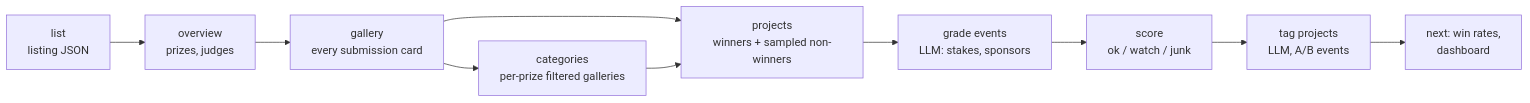
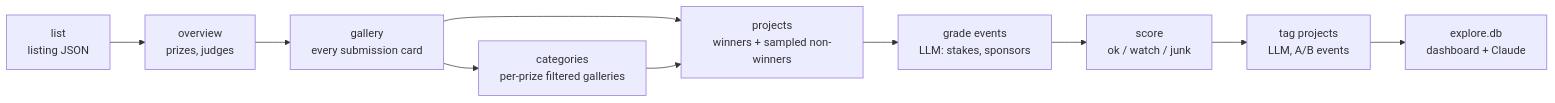
Before and after one commit to m-azzam-azis/hackathon-index: the diagram in README.md, drawn with Mermaid. The commit also changed other lines of this file and 7 other files, not shown here.

First line of the commit message:
Dashboard and Claude connection: explore.db, Datasette, read-only MCP server

````diff
--- a/README.md
+++ b/README.md
@@ -58,12 +60,12 @@
 ```mermaid
 flowchart LR
     L[list<br/>listing JSON] --> O[overview<br/>prizes, judges]
     O --> G[gallery<br/>every submission card]
     G --> C[categories<br/>per-prize filtered galleries]
     G --> P[projects<br/>winners + sampled non-winners]
     C --> P
     P --> E[grade events<br/>LLM: stakes, sponsors]
     E --> S[score<br/>ok / watch / junk]
     S --> T[tag projects<br/>LLM, A/B events]
-    T --> N[next: win rates,<br/>dashboard]
+    T --> X[explore.db<br/>dashboard + Claude]
 ```
````
